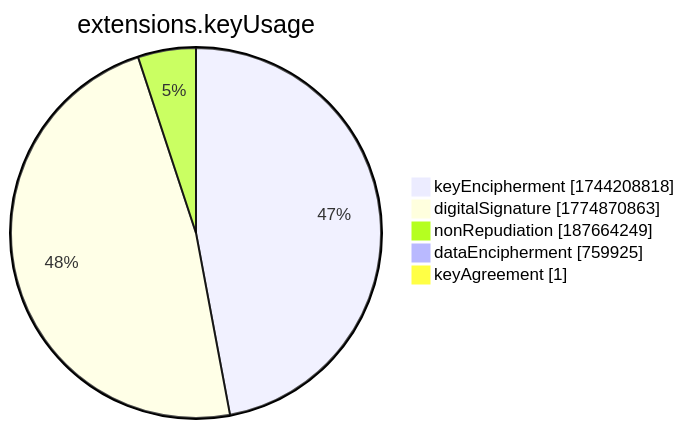
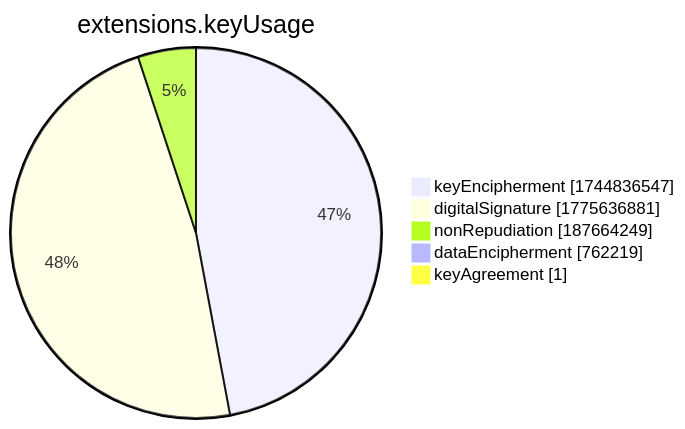
One commit to christiankrug/ctmonitor_visualization changed the seventh of 15 diagrams in xenon2022/README.md. Above: the diagram before and after it, drawn with Mermaid. The commit also changed other lines of this file, not shown here.

````diff
--- a/xenon2022/README.md
+++ b/xenon2022/README.md
@@ -2859,9 +2859,9 @@
 ```mermaid
 pie showData
 title extensions.keyUsage
-"keyEncipherment" :1744208818
-"digitalSignature" :1774870863
+"keyEncipherment" :1744836547
+"digitalSignature" :1775636881
 "nonRepudiation" :187664249
-"dataEncipherment" :759925
+"dataEncipherment" :762219
 "keyAgreement" :1
 ```
````
